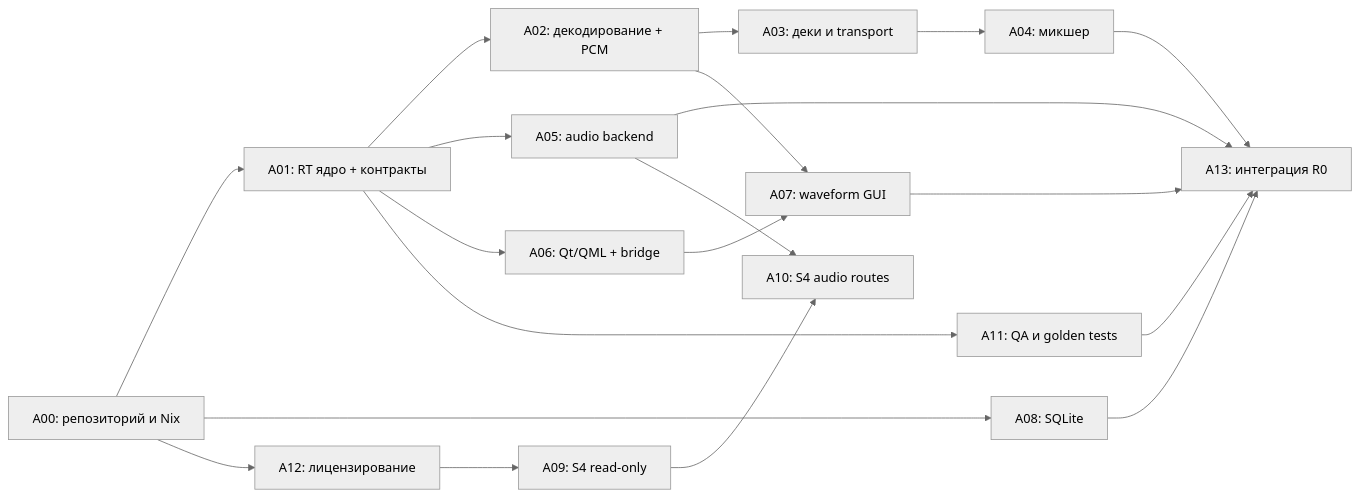
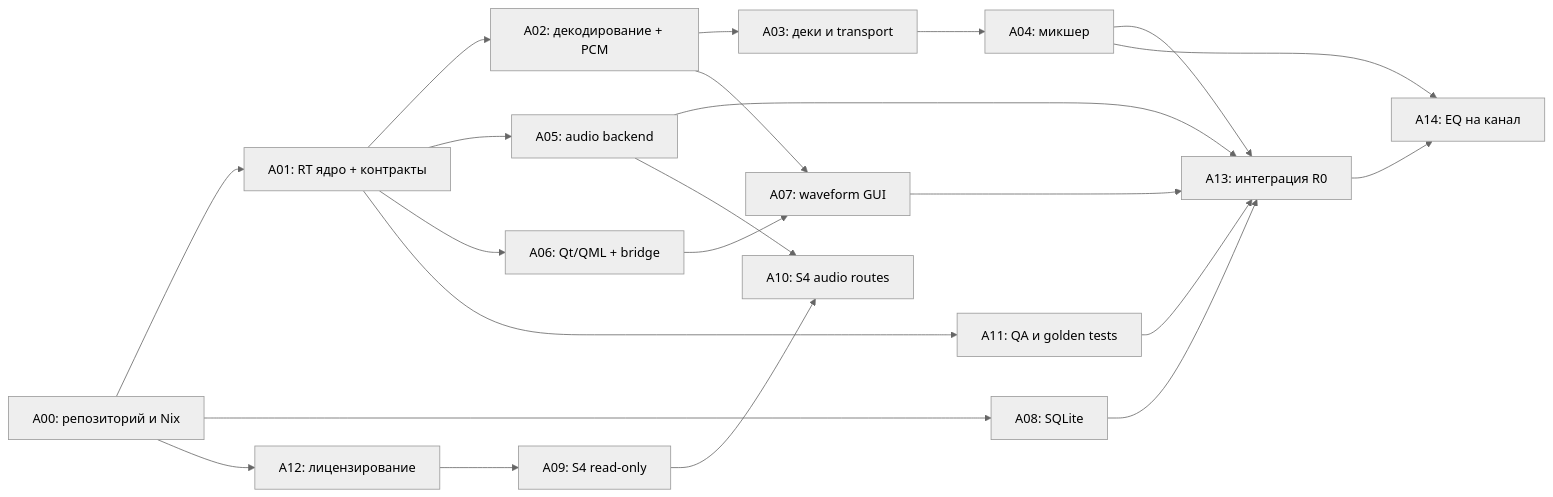
The first of 2 diagrams in DJ_Platform_Implementation_Plan_v0.1_RU.md (UncleAndy/hauler-dj-platform), drawn with Mermaid (neutral theme) before and after one commit. The commit also changed other lines of this file and 3 other files, not shown here.

````diff
--- a/DJ_Platform_Implementation_Plan_v0.1_RU.md
+++ b/DJ_Platform_Implementation_Plan_v0.1_RU.md
@@ -55,22 +55,24 @@
 ```mermaid
 flowchart LR
     A00["A00: репозиторий и Nix"] --> A01["A01: RT ядро + контракты"]
     A01 --> A02["A02: декодирование + PCM"]
     A02 --> A03["A03: деки и transport"]
     A03 --> A04["A04: микшер"]
     A04 --> A13["A13: интеграция R0"]
     A01 --> A05["A05: audio backend"]
     A05 --> A13
     A01 --> A06["A06: Qt/QML + bridge"]
     A06 --> A07["A07: waveform GUI"]
     A02 --> A07
     A07 --> A13
     A00 --> A08["A08: SQLite"]
     A08 --> A13
     A00 --> A12["A12: лицензирование"]
     A12 --> A09["A09: S4 read-only"]
     A09 --> A10["A10: S4 audio routes"]
     A05 --> A10
     A01 --> A11["A11: QA и golden tests"]
     A11 --> A13
+    A13 --> A14["A14: EQ на канал"]
+    A04 --> A14
 ```
````
